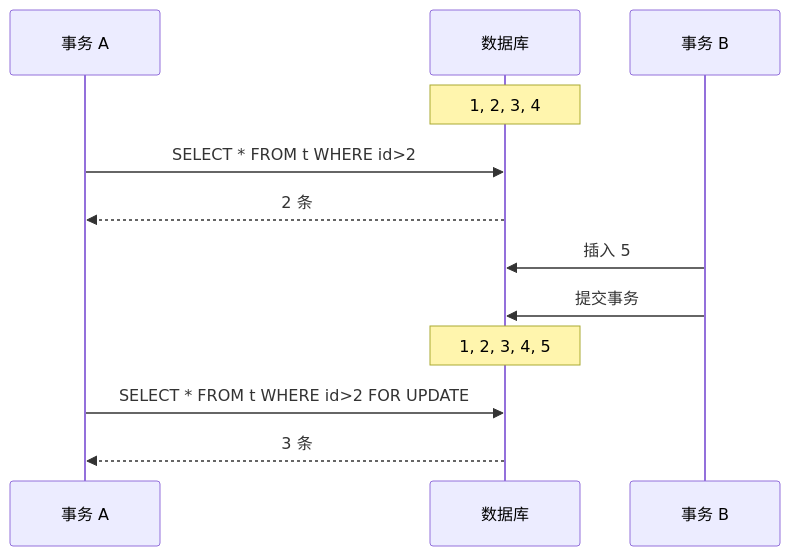
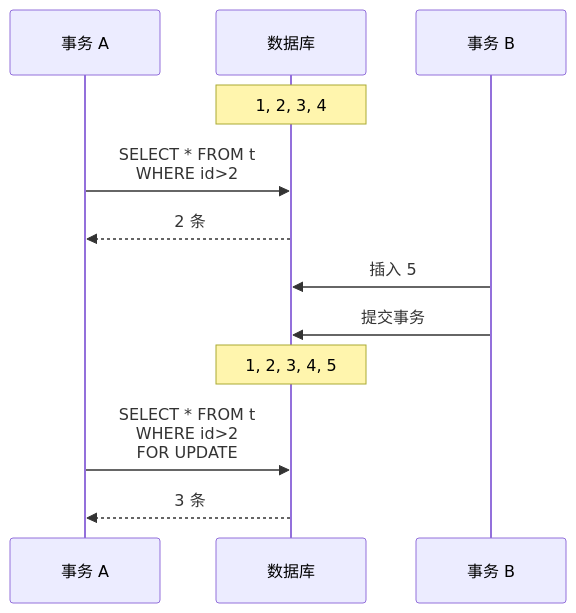
Before and after one commit to WCY-dt/blog: the fifth of 5 diagrams in _posts/2025-01-19-MySQL从实践到原理.md, drawn with Mermaid. The commit also changed other lines of this file and 9 other files, not shown here.

````diff
--- a/_posts/2025-01-19-MySQL从实践到原理.md
+++ b/_posts/2025-01-19-MySQL从实践到原理.md
@@ -1171,14 +1243,14 @@
 ```mermaid
 sequenceDiagram
   participant A as 事务 A
   participant D as 数据库
   participant B as 事务 B
   Note over D: 1, 2, 3, 4
-  A->>D: SELECT * FROM t WHERE id>2
+  A->>D: SELECT * FROM t<br>WHERE id>2
   D-->>A: 2 条
   B->>D: 插入 5
   B->>D: 提交事务
   Note over D: 1, 2, 3, 4, 5
-  A->>D: SELECT * FROM t WHERE id>2 FOR UPDATE
+  A->>D: SELECT * FROM t<br>WHERE id>2<br>FOR UPDATE
   D-->>A: 3 条
 ```
````
